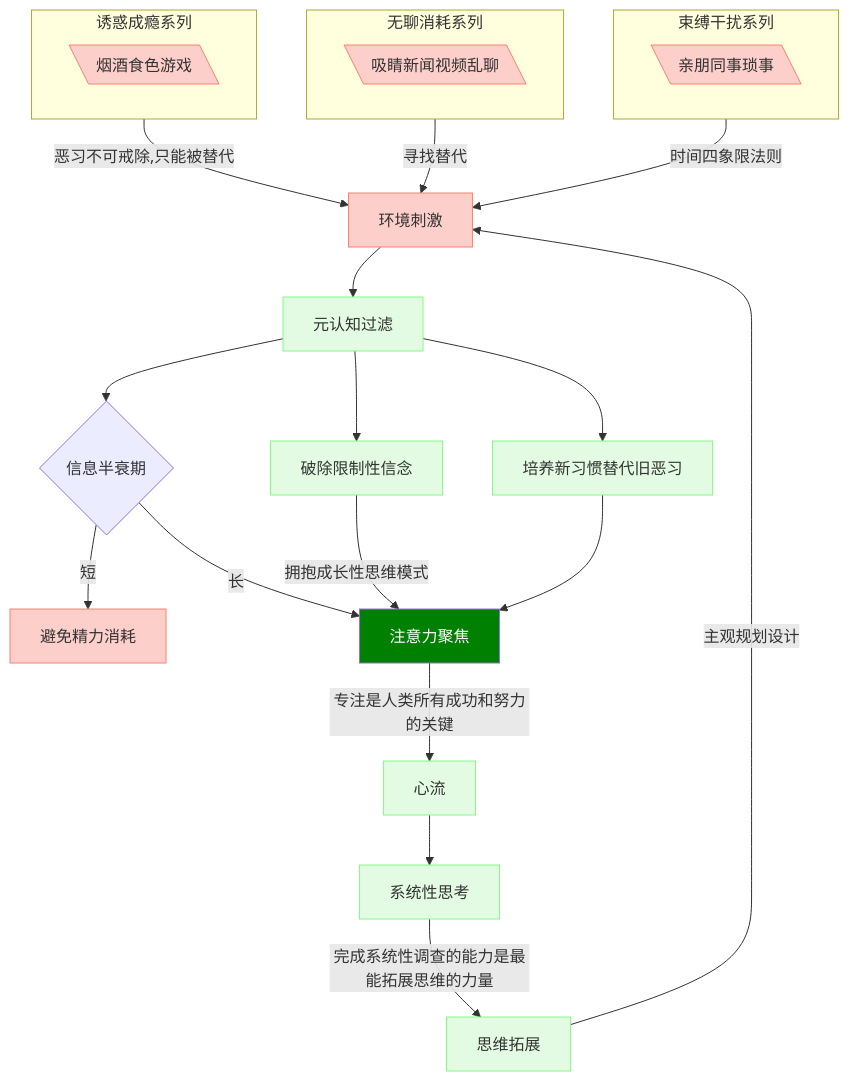
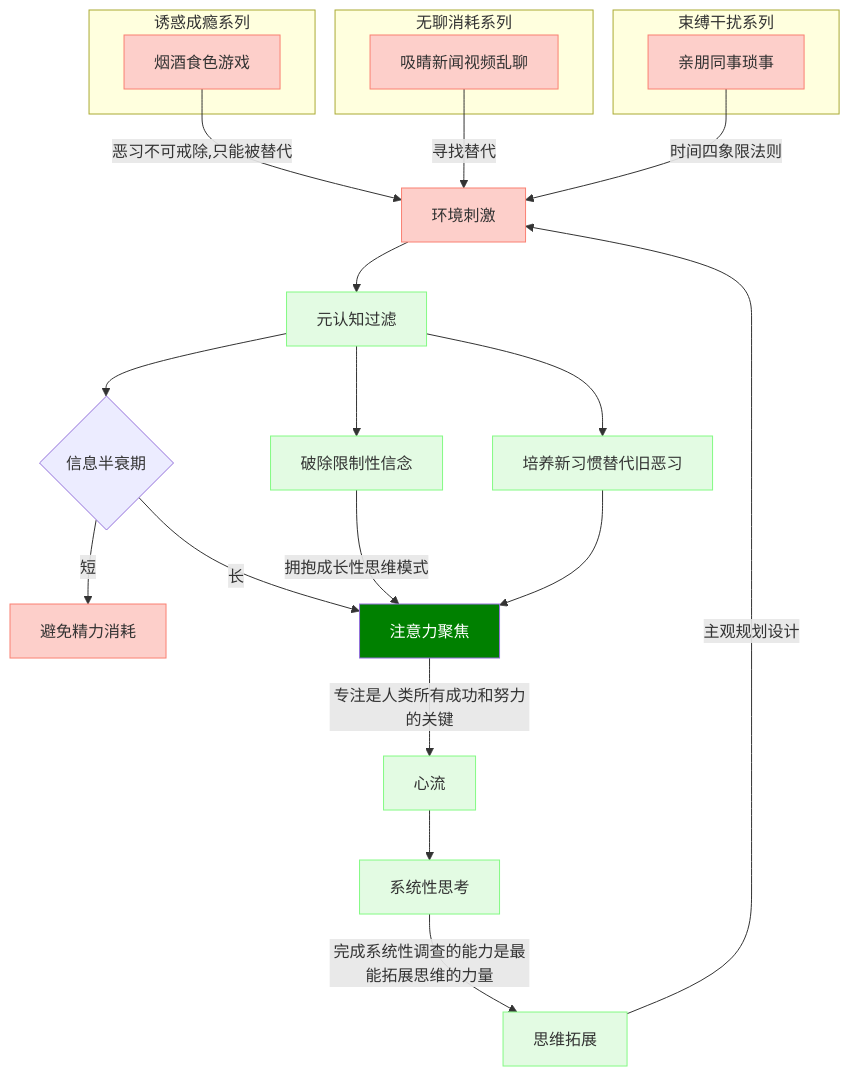
Before and after one commit to m3shine/m3shine.github.io: the diagram in README.md, drawn with Mermaid. The commit also changed other lines of this file and 70 other files, not shown here.

````diff
--- a/README.md
+++ b/README.md
@@ -19,35 +19,44 @@
 ```mermaid
-flowchart TB
 
-  subgraph one [诱惑成瘾系列]
- 	o1[\烟酒食色游戏\]
-  end 
-  
-  subgraph two [无聊消耗系列]
-  o2[\吸睛新闻视频乱聊\]
-  end
-  subgraph three [束缚干扰系列]
-  o3[\亲朋同事琐事\]
-  end
+  graph TB
+
+    subgraph 诱惑成瘾系列 
+       o1[烟酒食色游戏] 
+    end
+    subgraph 无聊消耗系列 
+       o2[吸睛新闻视频乱聊] 
+    end
+    subgraph 束缚干扰系列 
+       o3[亲朋同事琐事] 
+    end
+   
+      
+    o1 -->|恶习不可戒除,只能被替代|A
+    o2 -->|寻找替代|A
+    o3 -->|时间四象限法则|A
     
-  one --> |恶习不可戒除,只能被替代|A
-  two --> |寻找替代|A
-  three --> |时间四象限法则|A
-  
-  A[环境刺激] -->B[元认知过滤]-->C{信息半衰期}
-  C-->|短| C1[避免精力消耗]
-  C-->|长|D[注意力聚焦]-->|专注是人类所有成功和努力的关键|E[心流]-->F[系统性思考]-->|完成系统性调查的能力是最能拓展思维的力量|G[思维拓展]
+    A[环境刺激]-->B[元认知过滤] 
+    B-->C{信息半衰期}
+    C-->|短| C1[避免精力消耗]
+    C-->|长|D[注意力聚焦]
+    D-->|专注是人类所有成功和努力的关键|E[心流]
+    E-->F[系统性思考]
+    F-->|完成系统性调查的能力是最能拓展思维的力量|G[思维拓展]
 
-  B-->H[破除限制性信念]-->|拥抱成长性思维模式|D
-  B-->I[培养新习惯替代旧恶习]-->D
-  
-  G-->|主观规划设计|A
-  
+    B-->H[破除限制性信念]
+    H-->|拥抱成长性思维模式|D
+    B-->I[培养新习惯替代旧恶习]
+    I-->D
+    
+    G-->|主观规划设计|A
+
   
   classDef nagtive fill:#fdcfca,stroke:#fa8072
   classDef positive fill:#e3fbe3,stroke:#84fa84
+  classDef core fill:green,color:#ffffff
   class A,C1,o1,o2,o3 nagtive
   class B,E,F,G,H,I positive
-  style D fill:green,color:white
-    	 
+  class D core
+
+	 
 ```
````
